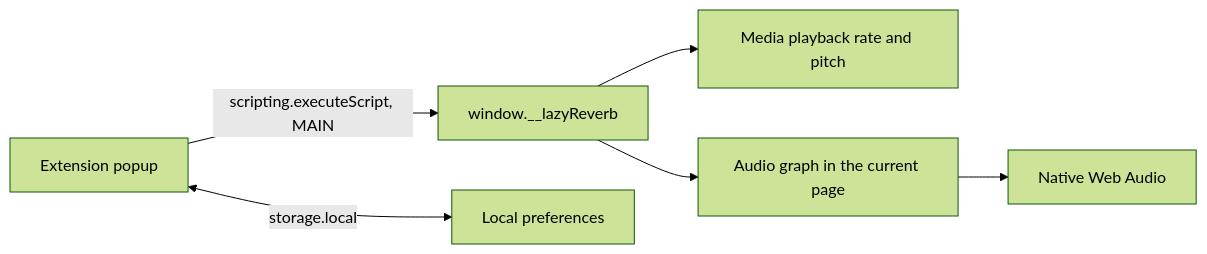
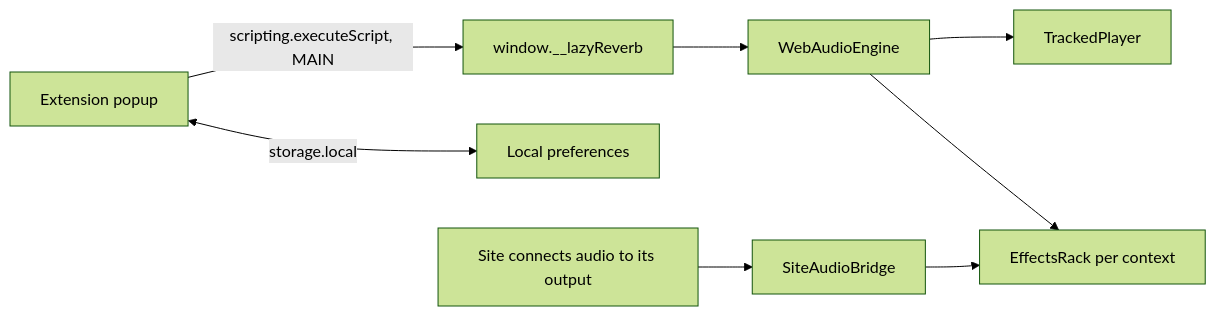
Before and after one commit to notsecret808/lazy-reverb: the first of 2 diagrams in ARCHITECTURE.md, drawn with Mermaid (forest theme). The commit also changed other lines of this file and 8 other files, not shown here.

Commit message:
refactor: separate audio effects from page routing

````diff
--- a/ARCHITECTURE.md
+++ b/ARCHITECTURE.md
@@ -5,8 +5,10 @@
 ```mermaid
 flowchart LR
   UI[Extension popup] -->|scripting.executeScript, MAIN| API[window.__lazyReverb]
   UI <-->|storage.local| Preferences[Local preferences]
-  API --> Media[Media playback rate and pitch]
-  API --> Rack[Audio graph in the current page]
-  Rack --> Native[Native Web Audio]
+  API --> Engine[WebAudioEngine]
+  Engine --> Media[TrackedPlayer]
+  Engine --> Rack[EffectsRack per context]
+  Site[Site connects audio to its output] --> Bridge[SiteAudioBridge]
+  Bridge --> Rack
 ```
````
